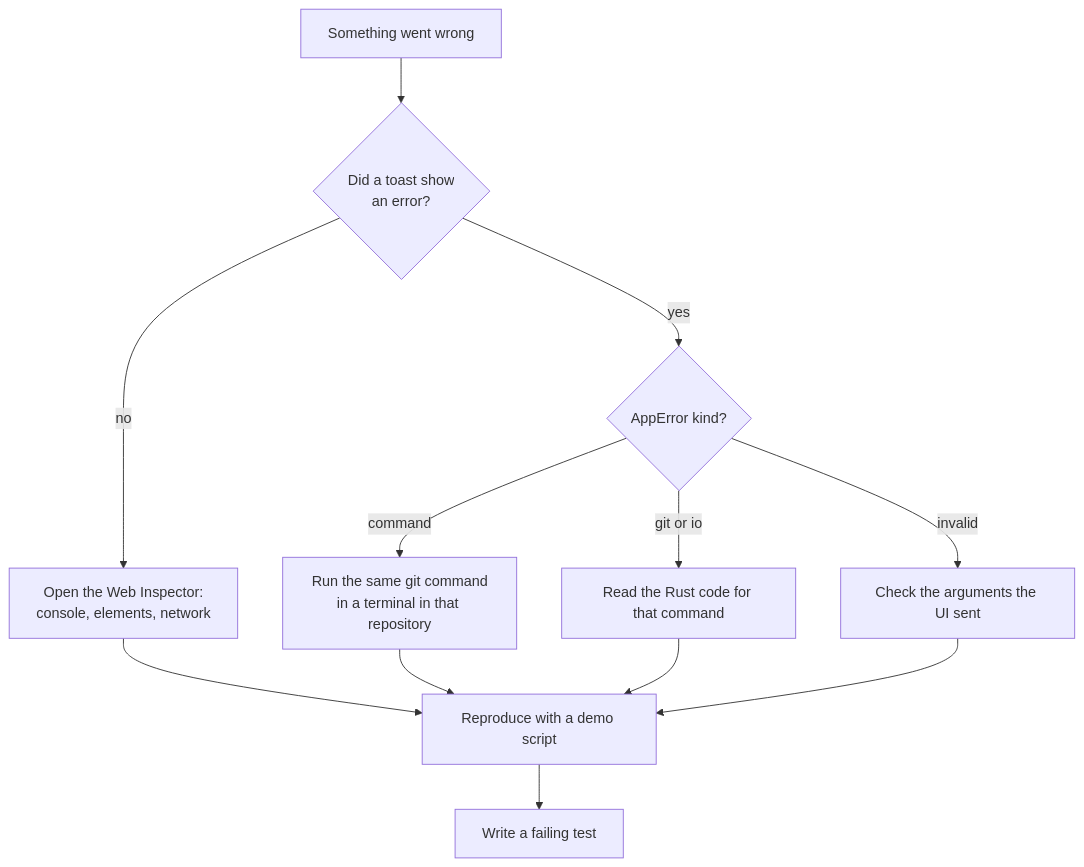
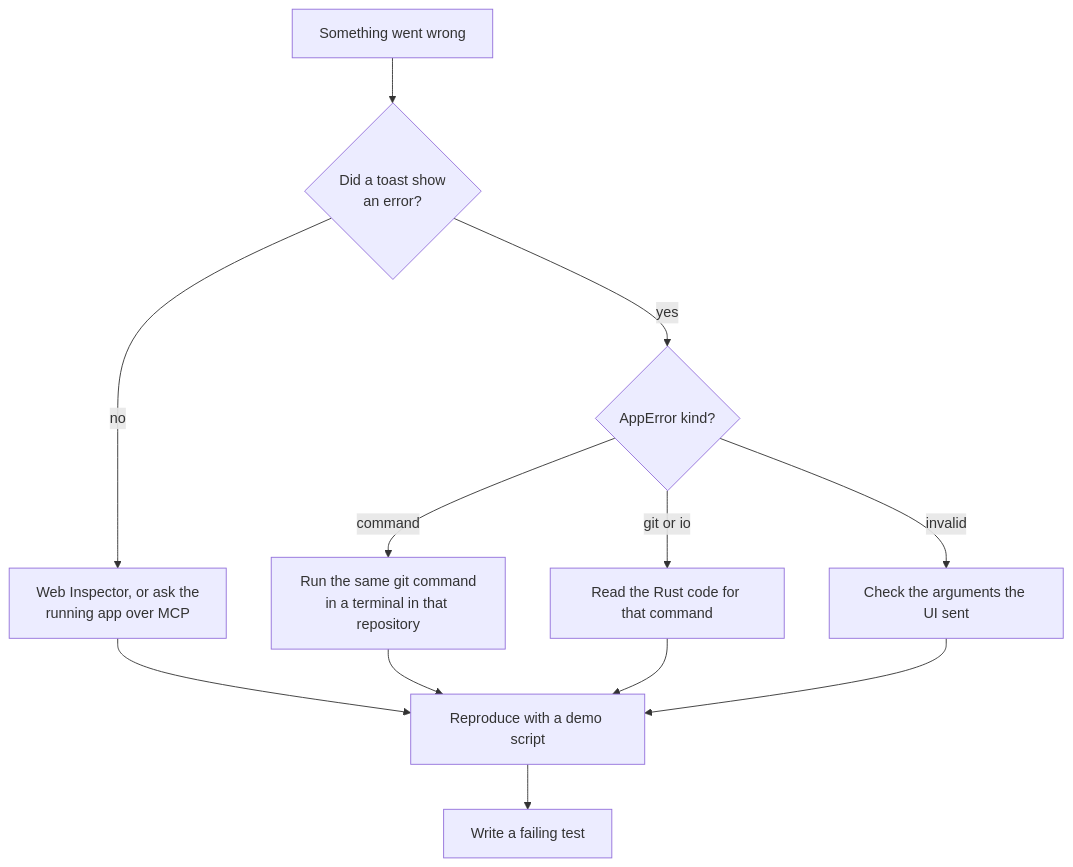
One commit to shibbirweb/git-manager changed the diagram in docs/wiki/developer/Debugging.md. Above: the diagram before and after it, drawn with Mermaid. The commit also changed other lines of this file and 110 other files, not shown here.

````diff
--- a/docs/wiki/developer/Debugging.md
+++ b/docs/wiki/developer/Debugging.md
@@ -5,14 +5,14 @@
 ```mermaid
 flowchart TD
   Start["Something went wrong"] --> Toast{"Did a toast show<br/>an error?"}
   Toast -->|"yes"| Kind{"AppError kind?"}
   Kind -->|"command"| Term["Run the same git command<br/>in a terminal in that repository"]
   Kind -->|"git or io"| Rust["Read the Rust code for that command"]
   Kind -->|"invalid"| Input["Check the arguments the UI sent"]
-  Toast -->|"no"| Dev["Open the Web Inspector:<br/>console, elements, network"]
+  Toast -->|"no"| Dev["Web Inspector, or ask the<br/>running app over MCP"]
   Dev --> Repro["Reproduce with a demo script"]
   Term --> Repro
   Rust --> Repro
   Input --> Repro
   Repro --> Test["Write a failing test"]
 ```
````
